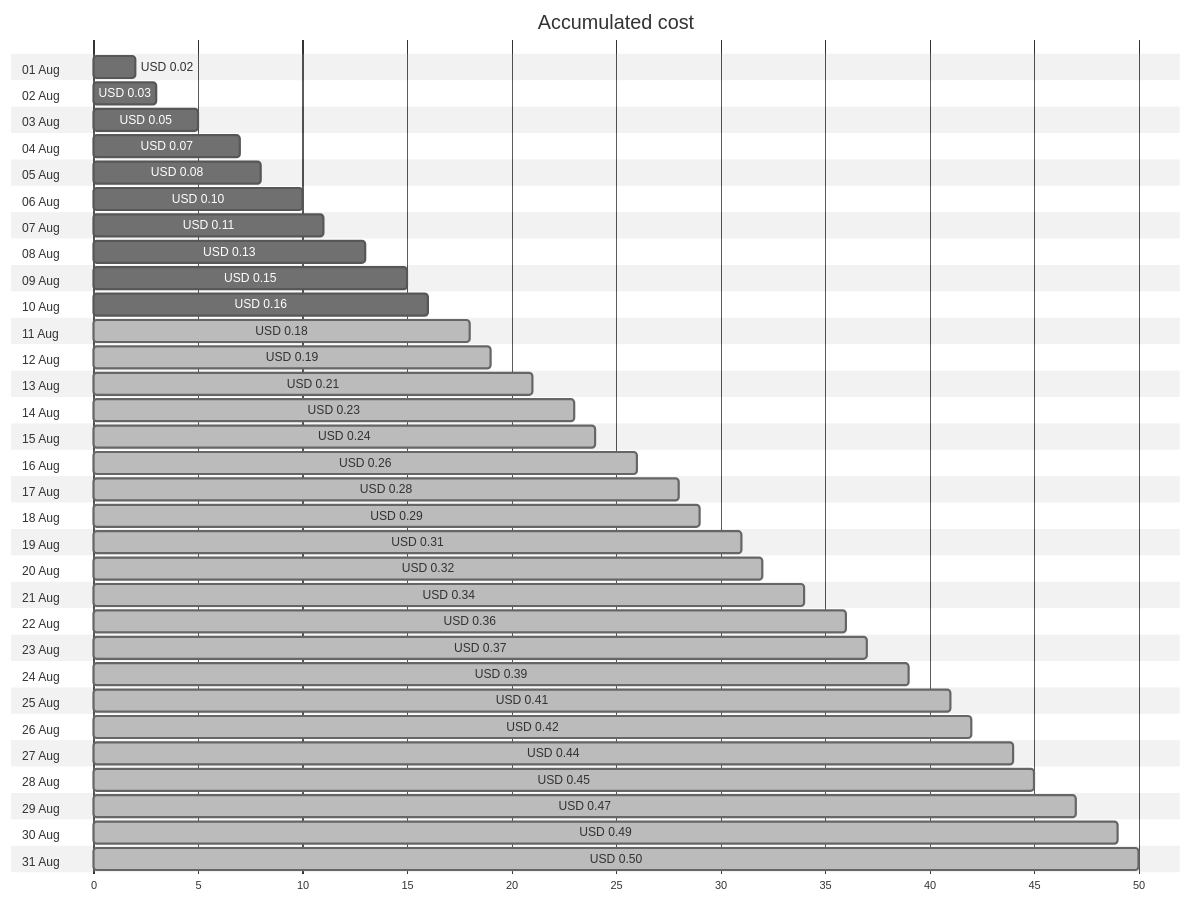
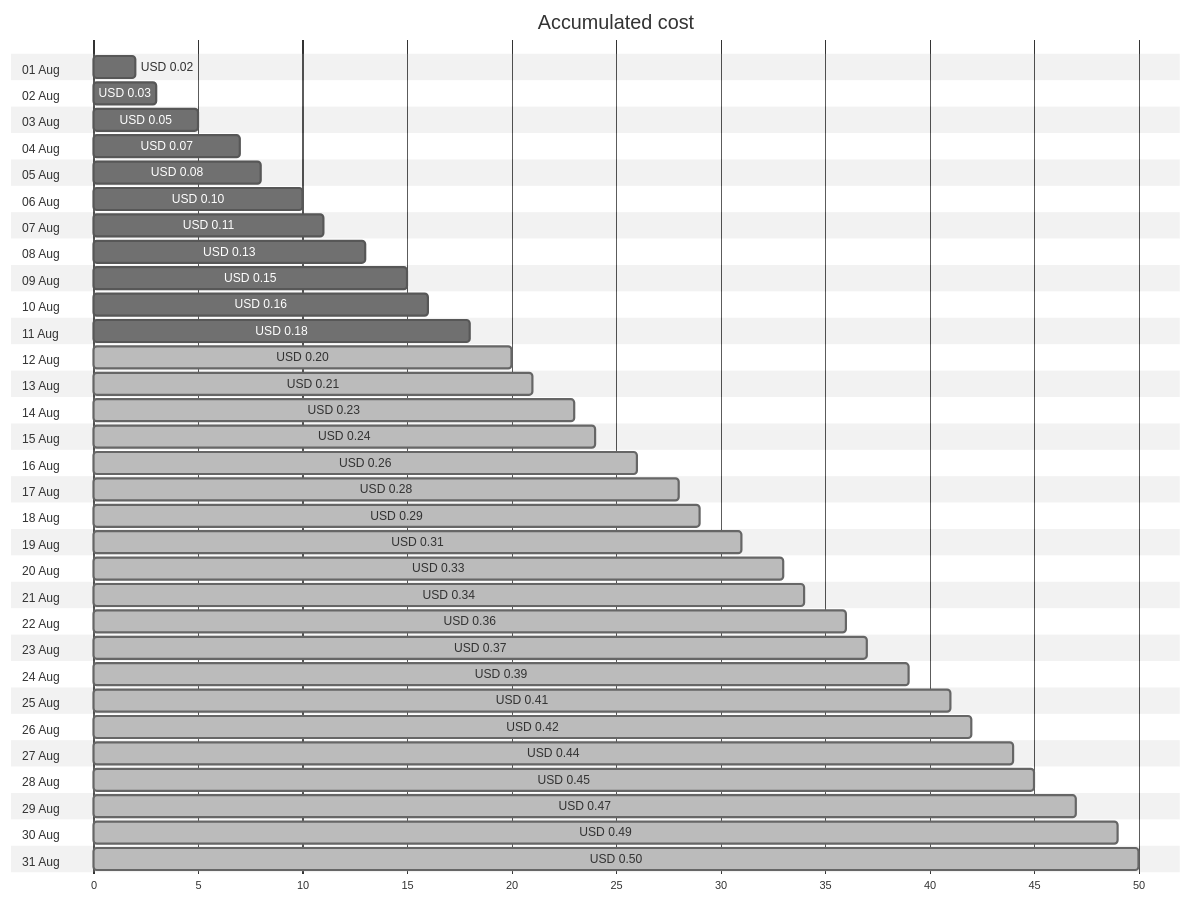
Before and after one commit to jpfulton/azure-personal-reports: the first of 4 diagrams in cost-reports/personal-dns/jpatrickfulton.com.md, drawn with Mermaid (neutral theme). The commit also changed other lines of this file and 2 other files, not shown here.

````diff
--- a/cost-reports/personal-dns/jpatrickfulton.com.md
+++ b/cost-reports/personal-dns/jpatrickfulton.com.md
@@ -20,68 +20,68 @@
 ```mermaid
 gantt
    title Accumulated cost
    dateFormat  X
    axisFormat %s
    section 01 Aug
    USD 0.02 :0, 2
    section 02 Aug
    USD 0.03 :0, 3
    section 03 Aug
    USD 0.05 :0, 5
    section 04 Aug
    USD 0.07 :0, 7
    section 05 Aug
    USD 0.08 :0, 8
    section 06 Aug
    USD 0.10 :0, 10
    section 07 Aug
    USD 0.11 :0, 11
    section 08 Aug
    USD 0.13 :0, 13
    section 09 Aug
    USD 0.15 :0, 15
    section 10 Aug
    USD 0.16 :0, 16
    section 11 Aug
-   USD 0.18 : done, 0, 18
+   USD 0.18 :0, 18
    section 12 Aug
-   USD 0.19 : done, 0, 19
+   USD 0.20 : done, 0, 20
    section 13 Aug
    USD 0.21 : done, 0, 21
    section 14 Aug
    USD 0.23 : done, 0, 23
    section 15 Aug
    USD 0.24 : done, 0, 24
    section 16 Aug
    USD 0.26 : done, 0, 26
    section 17 Aug
    USD 0.28 : done, 0, 28
    section 18 Aug
    USD 0.29 : done, 0, 29
    section 19 Aug
    USD 0.31 : done, 0, 31
    section 20 Aug
-   USD 0.32 : done, 0, 32
+   USD 0.33 : done, 0, 33
    section 21 Aug
    USD 0.34 : done, 0, 34
    section 22 Aug
    USD 0.36 : done, 0, 36
    section 23 Aug
    USD 0.37 : done, 0, 37
    section 24 Aug
    USD 0.39 : done, 0, 39
    section 25 Aug
    USD 0.41 : done, 0, 41
    section 26 Aug
    USD 0.42 : done, 0, 42
    section 27 Aug
    USD 0.44 : done, 0, 44
    section 28 Aug
    USD 0.45 : done, 0, 45
    section 29 Aug
    USD 0.47 : done, 0, 47
    section 30 Aug
    USD 0.49 : done, 0, 49
    section 31 Aug
    USD 0.50 : done, 0, 50
 ```
````
